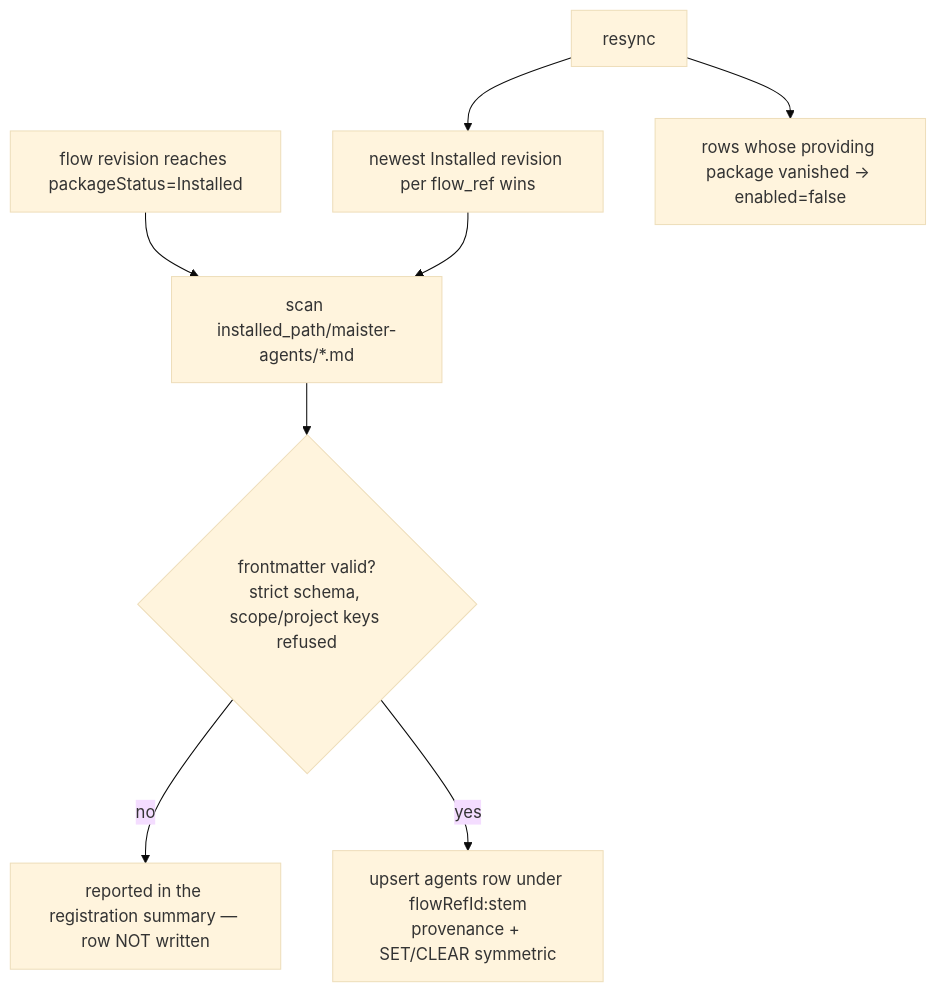
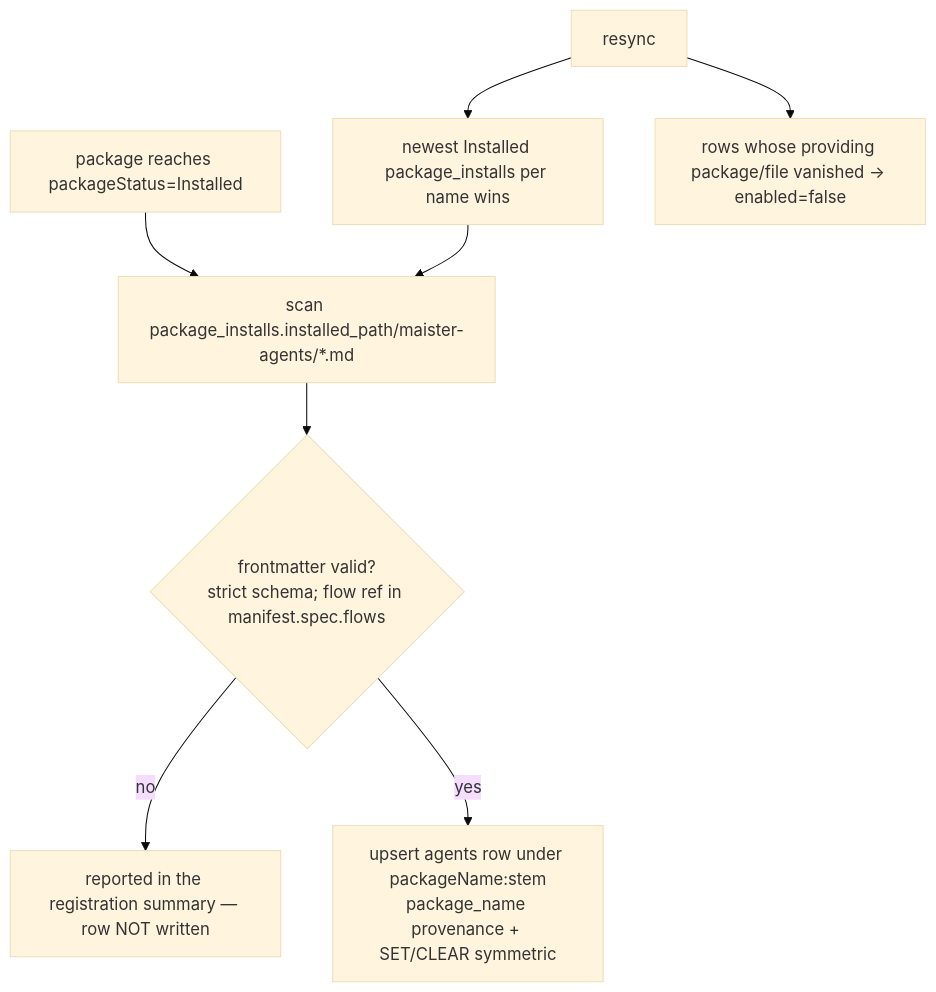
One commit to maister-dev/maister changed the second of 9 diagrams in docs/system-analytics/agents.md. Above: the diagram before and after it, drawn with Mermaid (base theme). The commit also changed other lines of this file and 8 other files, not shown here.

````diff
--- a/docs/system-analytics/agents.md
+++ b/docs/system-analytics/agents.md
@@ -114,10 +138,10 @@
 ```mermaid
 flowchart TD
-    I[flow revision reaches packageStatus=Installed] --> S[scan installed_path/maister-agents/*.md]
-    S --> P{frontmatter valid?<br/>strict schema, scope/project keys refused}
+    I[package reaches packageStatus=Installed] --> S[scan package_installs.installed_path/maister-agents/*.md]
+    S --> P{frontmatter valid?<br/>strict schema; flow ref in manifest.spec.flows}
     P -- no --> R[reported in the registration summary — row NOT written]
-    P -- yes --> U[upsert agents row under flowRefId:stem<br/>provenance + SET/CLEAR symmetric]
-    RS[resync] --> N[newest Installed revision per flow_ref wins]
+    P -- yes --> U[upsert agents row under packageName:stem<br/>package_name provenance + SET/CLEAR symmetric]
+    RS[resync] --> N[newest Installed package_installs per name wins]
     N --> S
-    RS --> D[rows whose providing package vanished → enabled=false]
+    RS --> D[rows whose providing package/file vanished → enabled=false]
 ```
````
